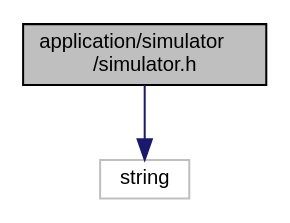
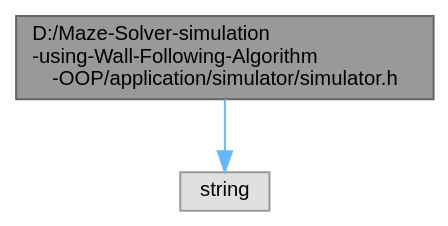
One commit to darshit-desai/Maze-Solver-simulation-using-Wall-Following-Algorithm-OOP changed the diagram in docs/simulator_8h__incl.dot. Above: the diagram before and after it, drawn with Graphviz. The commit also changed 381 other files, not shown here.

```diff
--- a/docs/simulator_8h__incl.dot
+++ b/docs/simulator_8h__incl.dot
@@ -1,9 +1,10 @@
-digraph "application/simulator/simulator.h"
+digraph "D:/Maze-Solver-simulation-using-Wall-Following-Algorithm-OOP/application/simulator/simulator.h"
 {
  // LATEX_PDF_SIZE
-  edge [fontname="Helvetica",fontsize="10",labelfontname="Helvetica",labelfontsize="10"];
-  node [fontname="Helvetica",fontsize="10",shape=record];
-  Node1 [label="application/simulator\l/simulator.h",height=0.2,width=0.4,color="black", fillcolor="grey75", style="filled", fontcolor="black",tooltip="Functions to control the robot and get information on the maze."];
-  Node1 -> Node2 [color="midnightblue",fontsize="10",style="solid",fontname="Helvetica"];
-  Node2 [label="string",height=0.2,width=0.4,color="grey75", fillcolor="white", style="filled",tooltip=" "];
+  bgcolor="transparent";
+  edge [fontname=Helvetica,fontsize=10,labelfontname=Helvetica,labelfontsize=10];
+  node [fontname=Helvetica,fontsize=10,shape=box,height=0.2,width=0.4];
+  Node1 [id="Node000001",label="D:/Maze-Solver-simulation\l-using-Wall-Following-Algorithm\l-OOP/application/simulator/simulator.h",height=0.2,width=0.4,color="gray40", fillcolor="grey60", style="filled", fontcolor="black",tooltip="Functions to control the robot and get information on the maze."];
+  Node1 -> Node2 [id="edge1_Node000001_Node000002",color="steelblue1",style="solid",tooltip=" "];
+  Node2 [id="Node000002",label="string",height=0.2,width=0.4,color="grey60", fillcolor="#E0E0E0", style="filled",tooltip=" "];
 }
```
